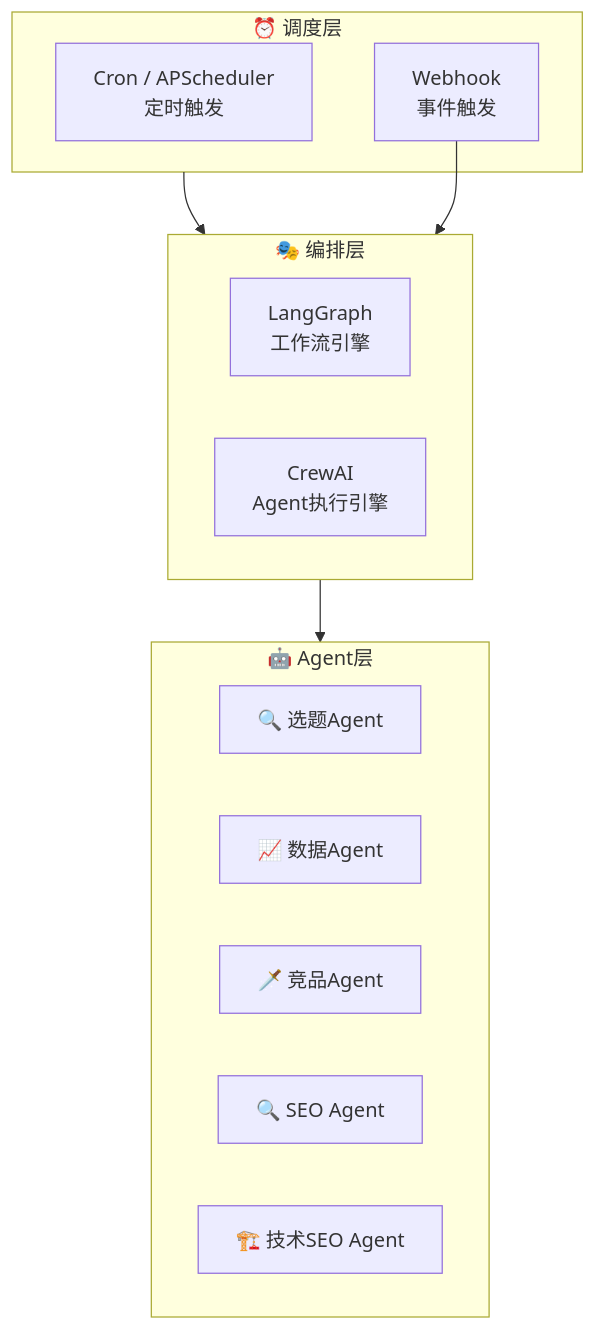
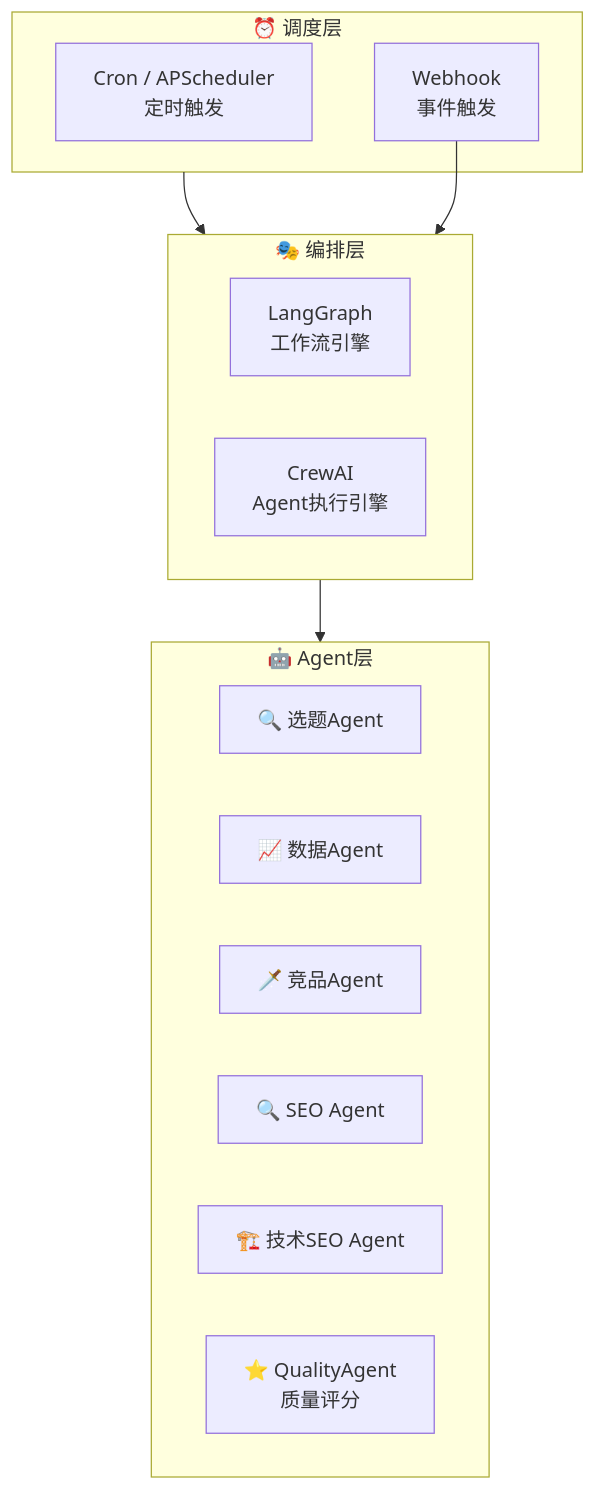
One commit to flyingsnowzz/Multi-Agent-Automatic-Operation-Website changed the second of 2 diagrams in 04-定时任务方案.md. Above: the diagram before and after it, drawn with Mermaid. The commit also changed other lines of this file and 1 other file, not shown here.

Commit message:
New Agent S tructure

````diff
--- a/04-定时任务方案.md
+++ b/04-定时任务方案.md
@@ -174,24 +175,26 @@
 ```mermaid
 flowchart TD
     subgraph SCHEDULER["⏰ 调度层"]
         CRON["Cron / APScheduler<br/>定时触发"]
         WEBHOOK["Webhook<br/>事件触发"]
     end
 
     subgraph ORCHESTRATOR["🎭 编排层"]
         LANGGRAPH["LangGraph<br/>工作流引擎"]
         CREWAI["CrewAI<br/>Agent执行引擎"]
     end
 
     subgraph AGENTS["🤖 Agent层"]
         TOPIC["🔍 选题Agent"]
         DATA["📈 数据Agent"]
         COMPETE["🗡️ 竞品Agent"]
         SEO["🔍 SEO Agent"]
         TECH["🏗️ 技术SEO Agent"]
+        QUALITY["⭐ QualityAgent
+质量评分"]
     end
 
     SCHEDULER --> ORCHESTRATOR
     ORCHESTRATOR --> AGENTS
     WEBHOOK --> ORCHESTRATOR
 ```
````
